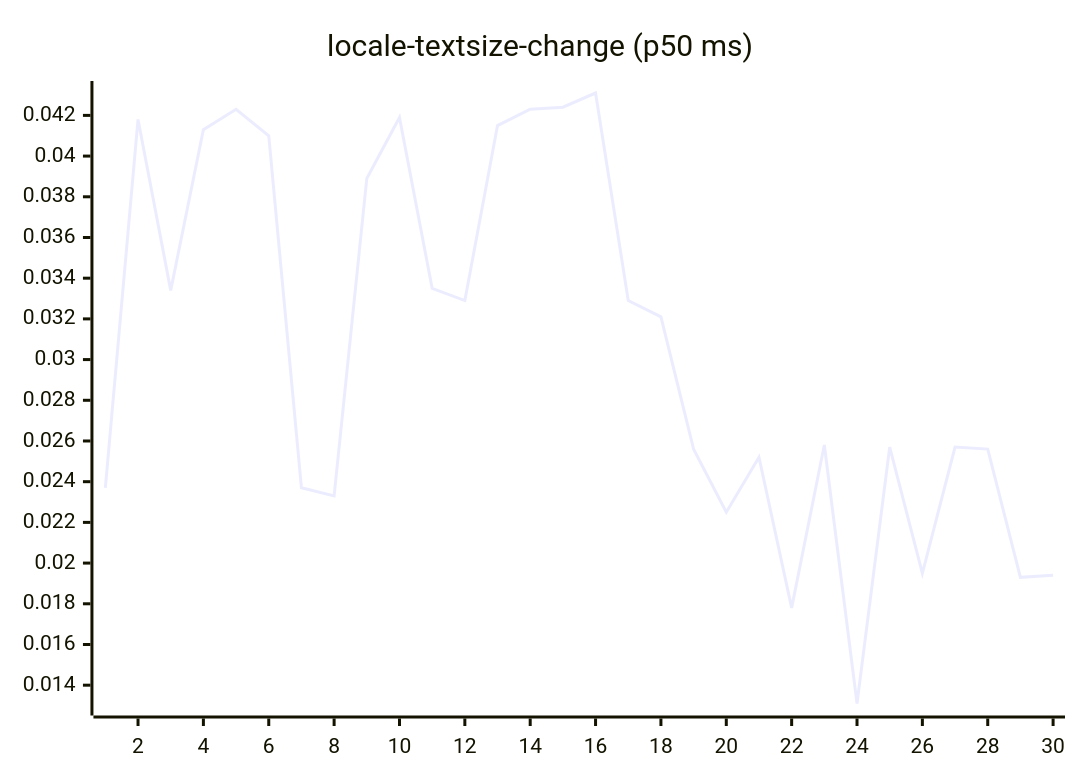
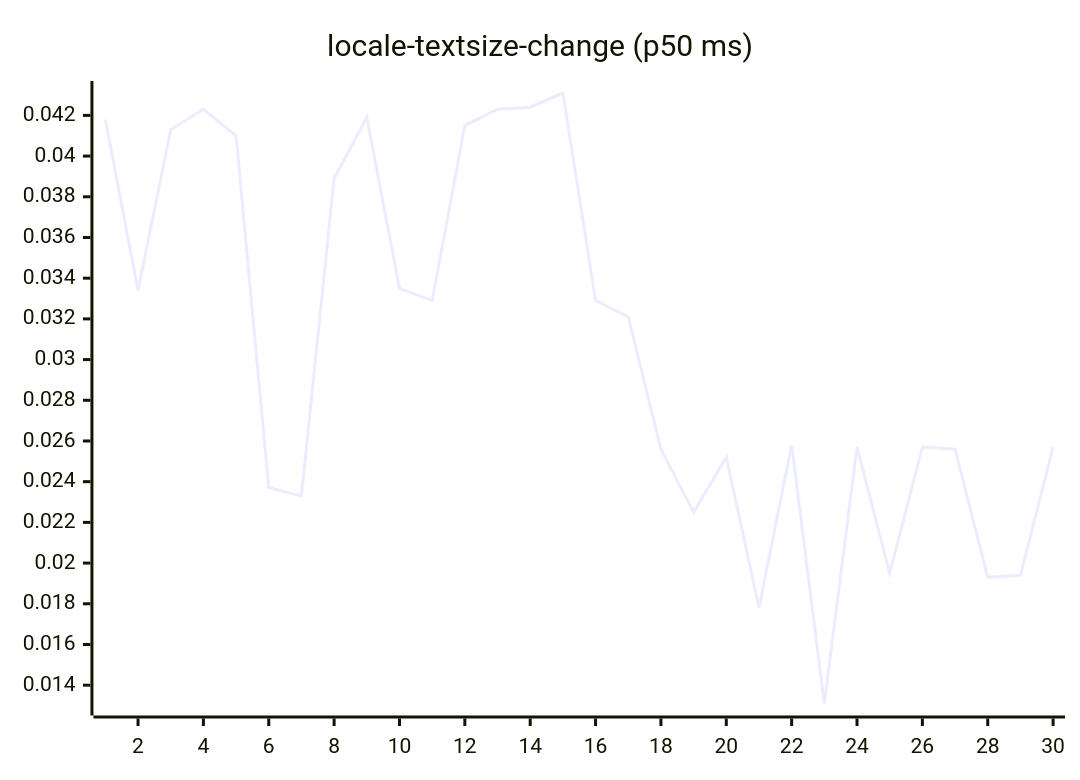
Before and after one commit to josha/Facet: diagram 13 of 27 in README.md, drawn with Mermaid. The commit also changed other lines of this file and 2 other files, not shown here.

````diff
--- a/README.md
+++ b/README.md
@@ -147,6 +147,6 @@
 ```mermaid
 xychart-beta
     title "locale-textsize-change (p50 ms)"
     x-axis 1 --> 30
-    line [0.0237, 0.0418, 0.0334, 0.0413, 0.0423, 0.0410, 0.0237, 0.0233, 0.0389, 0.0419, 0.0335, 0.0329, 0.0415, 0.0423, 0.0424, 0.0431, 0.0329, 0.0321, 0.0256, 0.0225, 0.0252, 0.0178, 0.0258, 0.0131, 0.0257, 0.0195, 0.0257, 0.0256, 0.0193, 0.0194]
+    line [0.0418, 0.0334, 0.0413, 0.0423, 0.0410, 0.0237, 0.0233, 0.0389, 0.0419, 0.0335, 0.0329, 0.0415, 0.0423, 0.0424, 0.0431, 0.0329, 0.0321, 0.0256, 0.0225, 0.0252, 0.0178, 0.0258, 0.0131, 0.0257, 0.0195, 0.0257, 0.0256, 0.0193, 0.0194, 0.0257]
 ```
````
